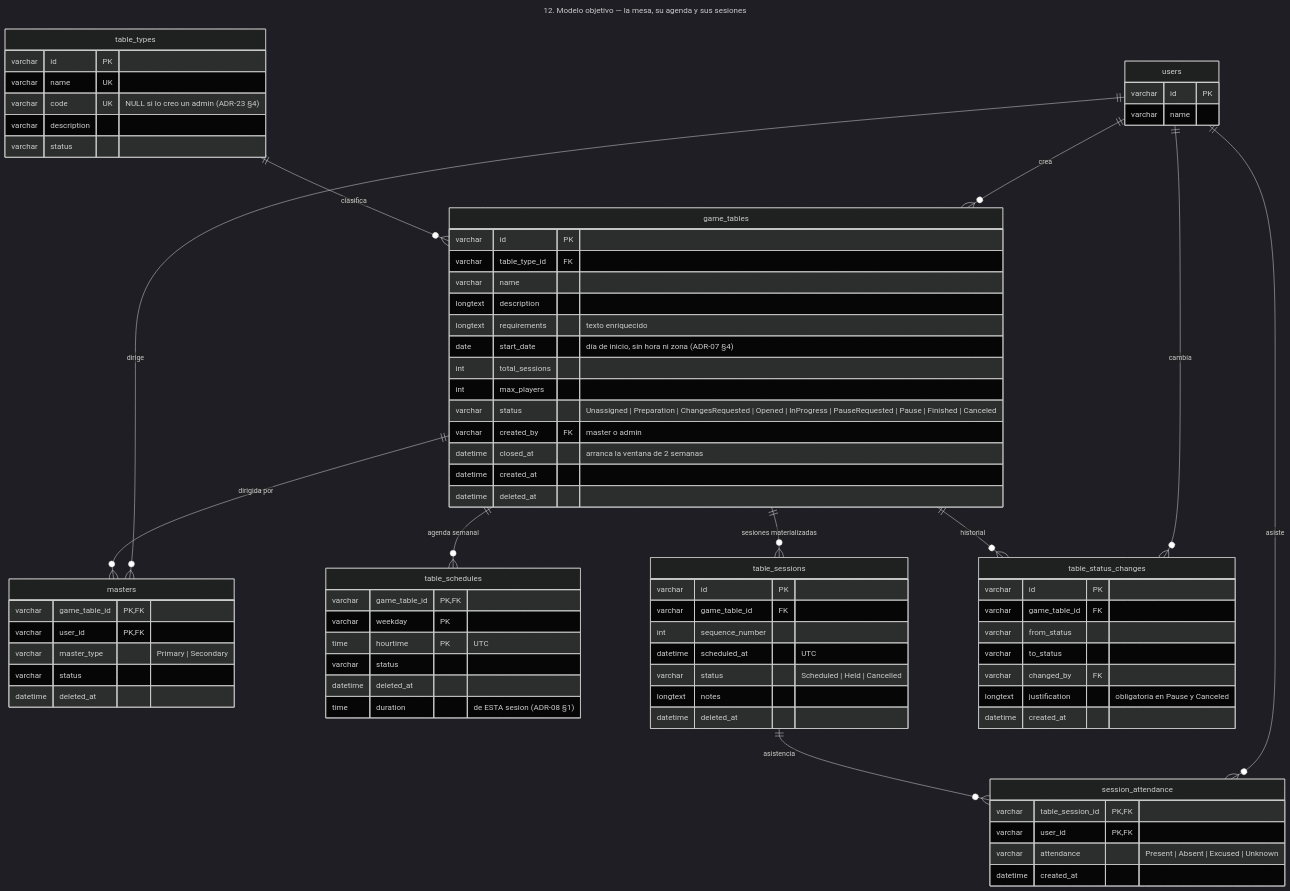
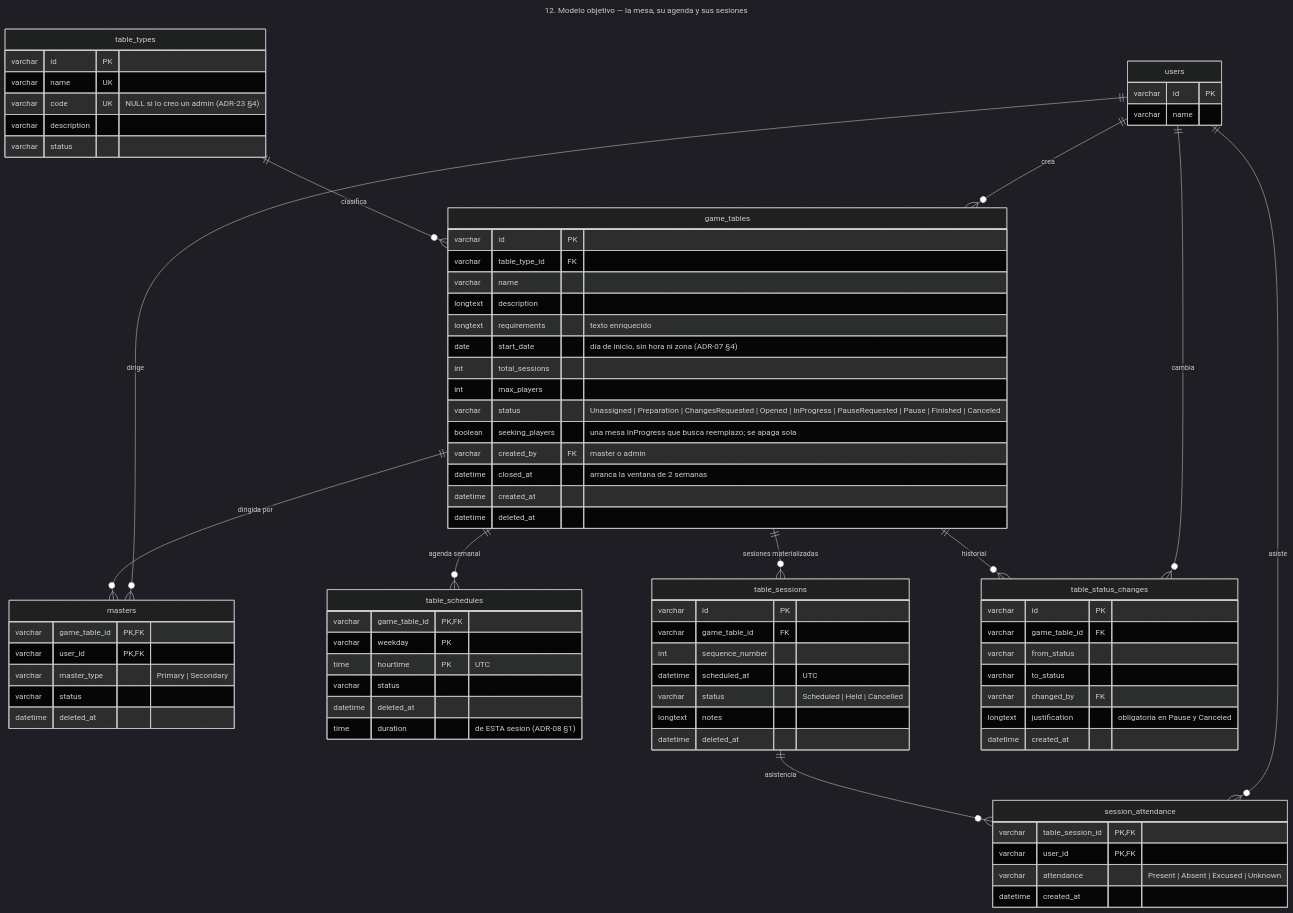
One commit to d4m14n257/CentralDungeon changed the diagram in docs/diagramas/12-objetivo-mesa.mmd. Above: the diagram before and after it, drawn with Mermaid (dark theme). The commit also changed 132 other files, not shown here.

```diff
--- a/docs/diagramas/12-objetivo-mesa.mmd
+++ b/docs/diagramas/12-objetivo-mesa.mmd
@@ -1,88 +1,89 @@
 ---
 title: "12. Modelo objetivo — la mesa, su agenda y sus sesiones"
 ---
 erDiagram
 
     table_types {
         varchar id PK
         varchar name UK
         varchar code UK "NULL si lo creo un admin (ADR-23 §4)"
         varchar description
         varchar status
     }
 
     game_tables {
         varchar id PK
         varchar table_type_id FK
         varchar name
         longtext description
         longtext requirements "texto enriquecido"
         date start_date "día de inicio, sin hora ni zona (ADR-07 §4)"
         int total_sessions
         int max_players
         varchar status "Unassigned | Preparation | ChangesRequested | Opened | InProgress | PauseRequested | Pause | Finished | Canceled"
+        boolean seeking_players "una mesa InProgress que busca reemplazo; se apaga sola"
         varchar created_by FK "master o admin"
         datetime closed_at "arranca la ventana de 2 semanas"
         datetime created_at
         datetime deleted_at
     }
 
     masters {
         varchar game_table_id PK,FK
         varchar user_id PK,FK
         varchar master_type "Primary | Secondary"
         varchar status
         datetime deleted_at
     }
 
     table_schedules {
         varchar game_table_id PK,FK
         varchar weekday PK
         time hourtime PK "UTC"
         varchar status
         datetime deleted_at
         time duration "de ESTA sesion (ADR-08 §1)"
     }
 
     table_sessions {
         varchar id PK
         varchar game_table_id FK
         int sequence_number
         datetime scheduled_at "UTC"
         varchar status "Scheduled | Held | Cancelled"
         longtext notes
         datetime deleted_at
     }
 
     session_attendance {
         varchar table_session_id PK,FK
         varchar user_id PK,FK
         varchar attendance "Present | Absent | Excused | Unknown"
         datetime created_at
     }
 
     table_status_changes {
         varchar id PK
         varchar game_table_id FK
         varchar from_status
         varchar to_status
         varchar changed_by FK
         longtext justification "obligatoria en Pause y Canceled"
         datetime created_at
     }
 
     users {
         varchar id PK
         varchar name
     }
 
     table_types    ||--o{ game_tables          : "clasifica"
     game_tables    ||--o{ masters              : "dirigida por"
     users          ||--o{ masters              : "dirige"
     game_tables    ||--o{ table_schedules      : "agenda semanal"
     game_tables    ||--o{ table_sessions       : "sesiones materializadas"
     table_sessions ||--o{ session_attendance   : "asistencia"
     users          ||--o{ session_attendance   : "asiste"
     game_tables    ||--o{ table_status_changes : "historial"
     users          ||--o{ table_status_changes : "cambia"
     users          ||--o{ game_tables          : "crea"
```
